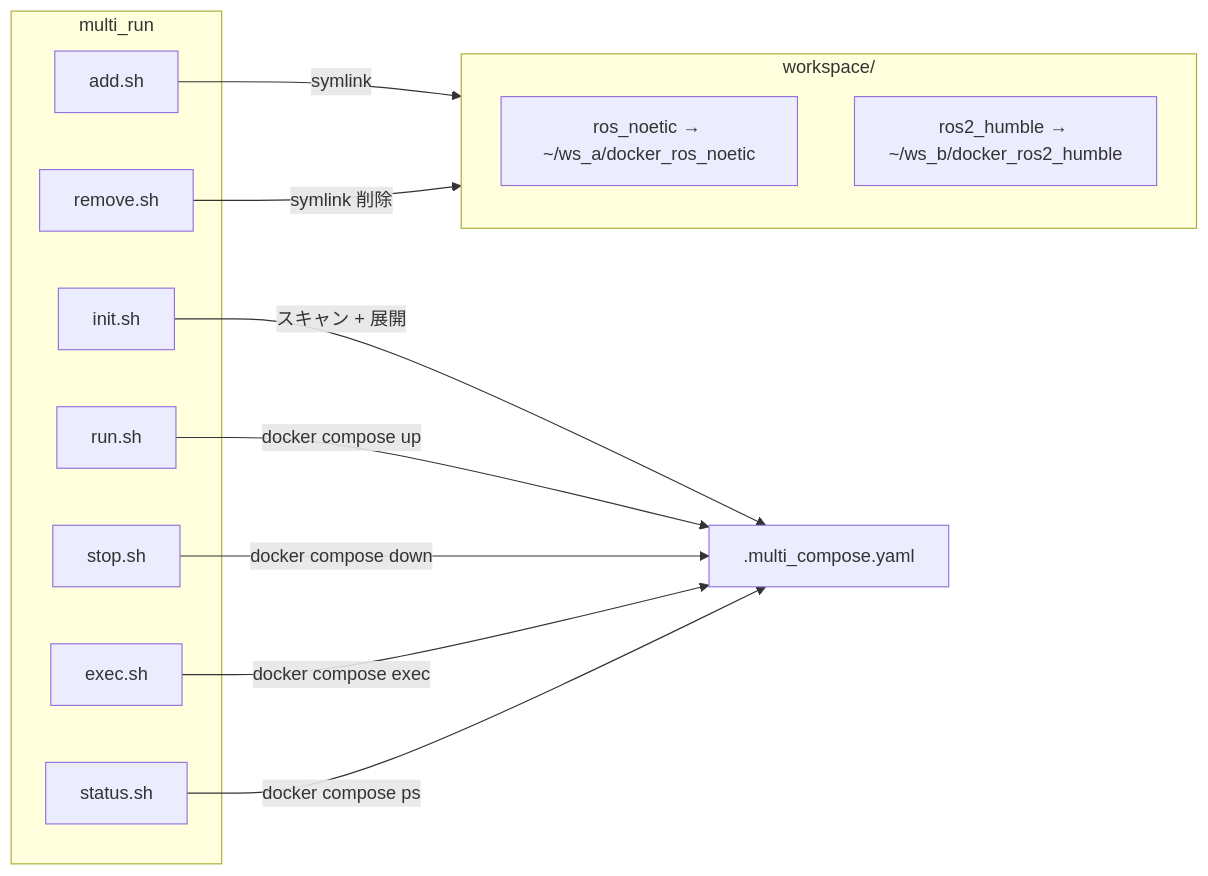
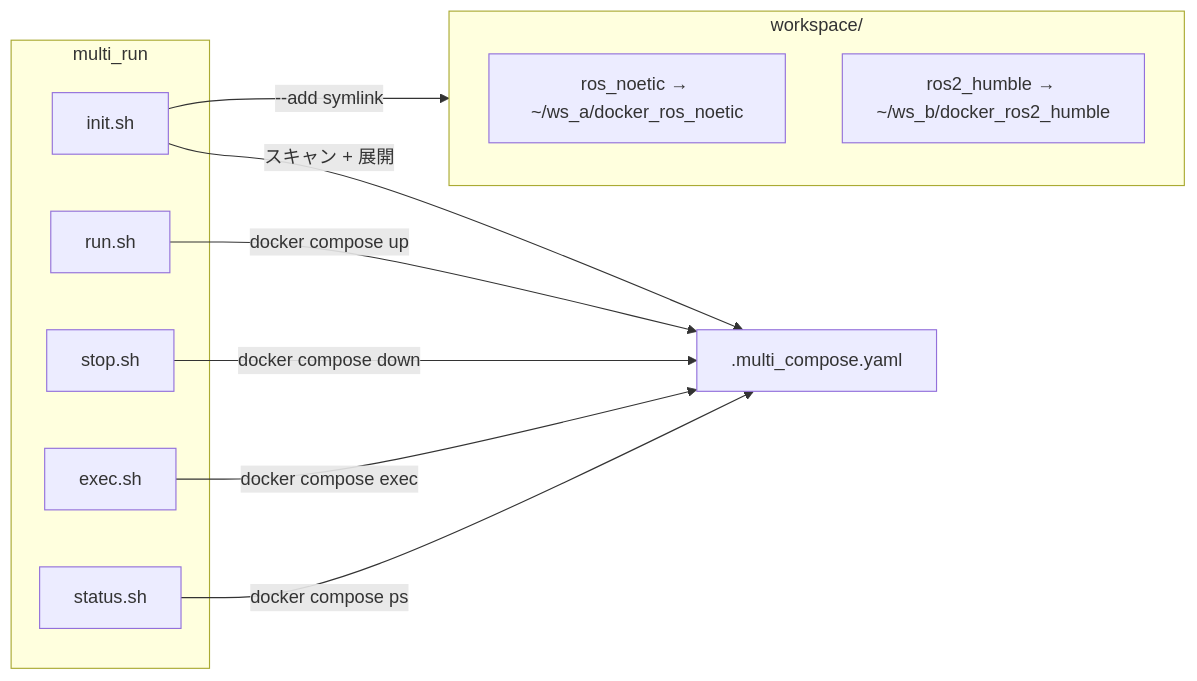
One commit to ycpss91255-docker/multi_run changed the diagram in doc/readme/README.ja.md. Above: the diagram before and after it, drawn with Mermaid. The commit also changed other lines of this file and 13 other files, not shown here.

````diff
--- a/doc/readme/README.ja.md
+++ b/doc/readme/README.ja.md
@@ -45,25 +45,22 @@
 ```mermaid
 flowchart LR
     subgraph multi_run
-        add["add.sh"]
         init["init.sh"]
         run["run.sh"]
         stop["stop.sh"]
         exec["exec.sh"]
         status["status.sh"]
-        remove["remove.sh"]
     end
 
     subgraph workspace["workspace/"]
         ws_a["ros_noetic → ~/ws_a/docker_ros_noetic"]
         ws_b["ros2_humble → ~/ws_b/docker_ros2_humble"]
     end
 
-    add -->|"symlink"| workspace
+    init -->|"--add symlink"| workspace
     init -->|"スキャン + 展開"| compose[".multi_compose.yaml"]
     run -->|"docker compose up"| compose
     stop -->|"docker compose down"| compose
     exec -->|"docker compose exec"| compose
     status -->|"docker compose ps"| compose
-    remove -->|"symlink 削除"| workspace
 ```
````
